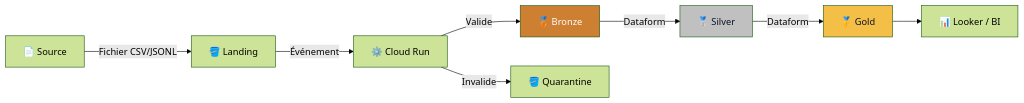
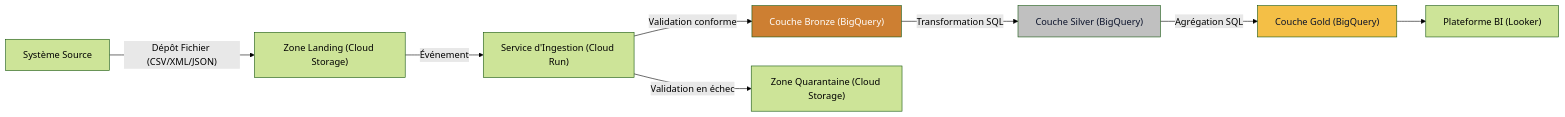
One commit to maxencenho-cloud/data-platform-runbook changed the first of 3 diagrams in docs/ATELIER_02_DONNEES.md. Above: the diagram before and after it, drawn with Mermaid (forest theme). The commit also changed other lines of this file and 1 other file, not shown here.

Commit message:
docs: update architecture documentation and add support for data ingestion specifications

````diff
--- a/docs/ATELIER_02_DONNEES.md
+++ b/docs/ATELIER_02_DONNEES.md
@@ -15,14 +16,14 @@
 ```mermaid
 graph LR
-    SRC["📄 Source"] -->|"Fichier CSV/JSONL"| LAND["🪣 Landing"]
-    LAND -->|"Événement"| CR["⚙️ Cloud Run"]
-    CR -->|"Valide"| BRZ["🥉 Bronze"]
-    CR -->|"Invalide"| QUA["🪣 Quarantine"]
-    BRZ -->|"Dataform"| SLV["🥈 Silver"]
-    SLV -->|"Dataform"| GLD["🥇 Gold"]
-    GLD --> BI["📊 Looker / BI"]
+    SRC["Système Source"] -->|"Dépôt Fichier (CSV/XML/JSON)"| LAND["Zone Landing (Cloud Storage)"]
+    LAND -->|"Événement"| CR["Service d'Ingestion (Cloud Run)"]
+    CR -->|"Validation conforme"| BRZ["Couche Bronze (BigQuery)"]
+    CR -->|"Validation en échec"| QUA["Zone Quarantaine (Cloud Storage)"]
+    BRZ -->|"Transformation SQL"| SLV["Couche Silver (BigQuery)"]
+    SLV -->|"Agrégation SQL"| GLD["Couche Gold (BigQuery)"]
+    GLD --> BI["Plateforme BI (Looker)"]
     
     style BRZ fill:#cd7f32,color:#fff
     style SLV fill:#c0c0c0,color:#0b132b
     style GLD fill:#F4BF46,color:#0b132b
 ```
````
